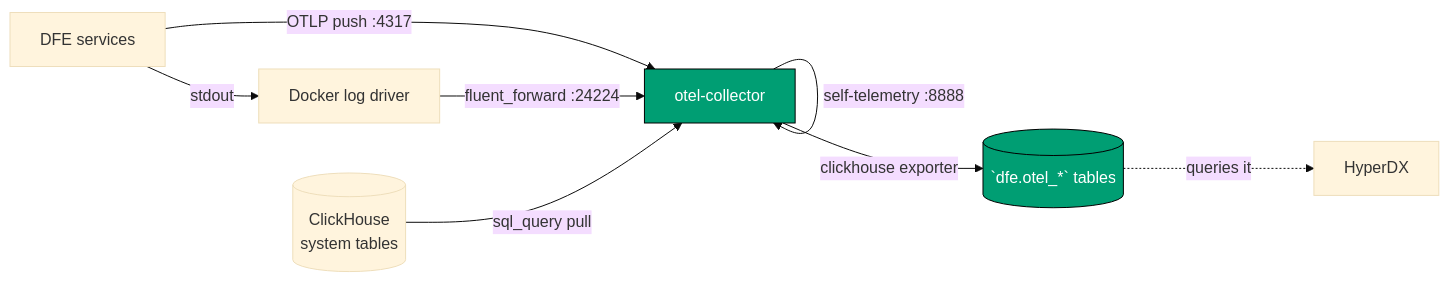
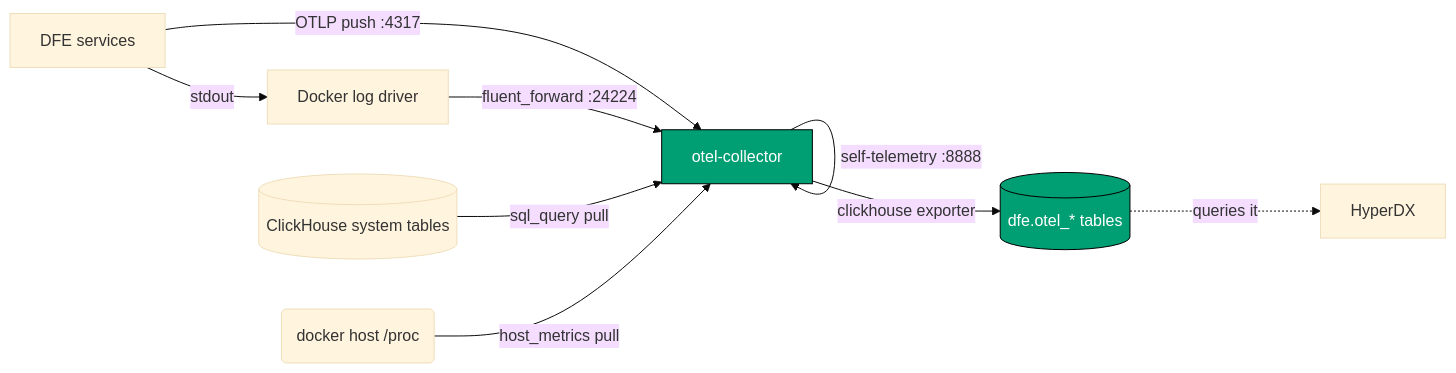
Before and after one commit to hyperi-io/dfe-docker: the diagram in docs/observability.md, drawn with Mermaid (base theme). The commit also changed other lines of this file and 8 other files, not shown here.

````diff
--- a/docs/observability.md
+++ b/docs/observability.md
@@ -68,13 +68,14 @@
 ```mermaid
 flowchart LR
     apps["DFE services"] -->|OTLP push :4317| col["otel-collector"]
     apps -->|stdout| drv["Docker log driver"]
     drv -->|fluent_forward :24224| col
-    chsrv[("ClickHouse<br/>system tables")] -->|sql_query pull| col
+    chsrv[(ClickHouse system tables)] -->|sql_query pull| col
+    host("docker host /proc") -->|host_metrics pull| col
     col -->|self-telemetry :8888| col
-    col -->|clickhouse exporter| ch[(`dfe.otel_*` tables)]
+    col -->|clickhouse exporter| ch[(dfe.otel_* tables)]
     ch -.->|queries it| hdx["HyperDX"]
 
     classDef on fill:#009E73,color:#ffffff,stroke:#000000
     class col,ch on
 ```
````
